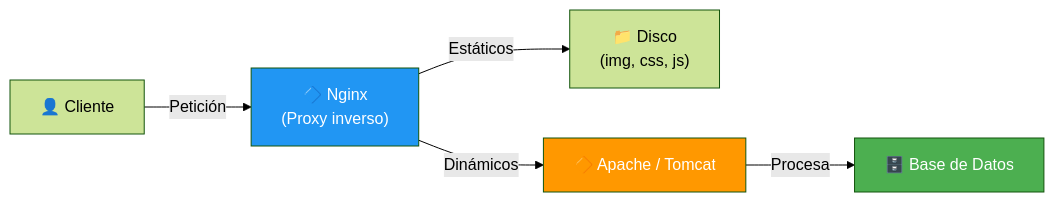
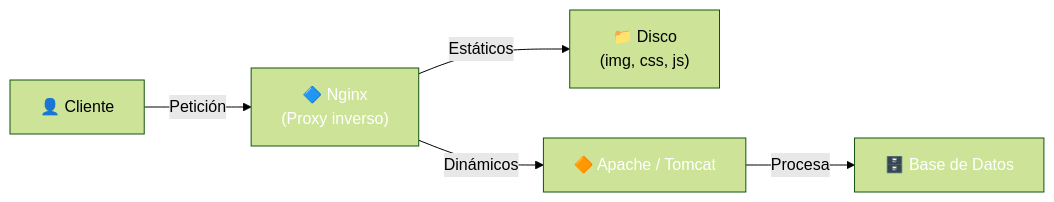
One commit to joseluisgs/DesarrolloWebEntornosServidor-01-2026-2027 changed the second of 4 diagrams in 08-servidores-web.md. Above: the diagram before and after it, drawn with Mermaid (forest theme). The commit also changed other lines of this file and 66 other files, not shown here.

First line of the commit message:
fix: normalizar titulos al castellano de frase y corregir la paleta de mermaid

````diff
--- a/08-servidores-web.md
+++ b/08-servidores-web.md
@@ -171,11 +171,11 @@
 ```mermaid
 graph LR
     C["👤 Cliente"] -->|"Petición"| N["🔷 Nginx<br/>(Proxy inverso)"]
     N -->|"Estáticos"| D["📁 Disco<br/>(img, css, js)"]
     N -->|"Dinámicos"| A["🔶 Apache / Tomcat"]
     A -->|"Procesa"| DB["🗄️ Base de Datos"]
 
-    style N fill:#2196F3,color:#fff
-    style A fill:#FF9800,color:#fff
-    style DB fill:#4CAF50,color:#fff
+    style N fill:#2196F,color:#fff3,color:#fff
+    style A fill:#FF980,color:#fff0,color:#fff
+    style DB fill:#4CAF5,color:#fff0,color:#fff
 ```
````
